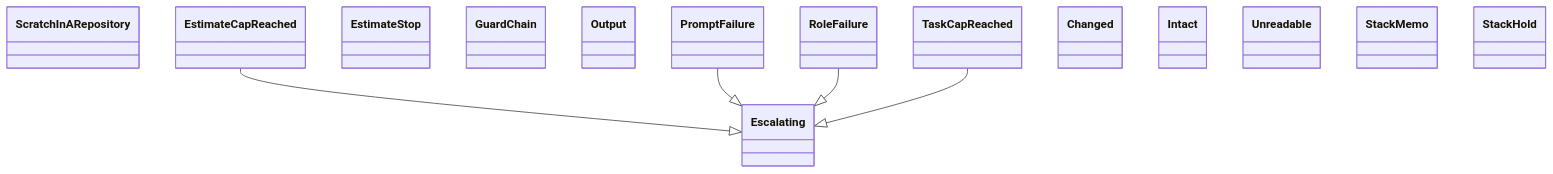
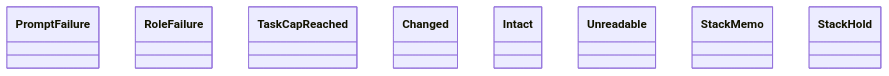
The diagram in docs/architecture/generated/classes-process-application-support-8.md (GonzaloZevallos/agentic-system), drawn with Mermaid before and after one commit. The commit also changed other lines of this file and 18 other files, not shown here.

````diff
--- a/docs/architecture/generated/classes-process-application-support-8.md
+++ b/docs/architecture/generated/classes-process-application-support-8.md
@@ -20,21 +20,11 @@
 ```mermaid
 classDiagram
-    class preflight__ScratchInARepository["ScratchInARepository"]
-    class run_role__Escalating["Escalating"]
-    class run_role__EstimateCapReached["EstimateCapReached"]
-    class run_role__EstimateStop["EstimateStop"]
-    class run_role__GuardChain["GuardChain"]
-    class run_role__Output["Output"]
     class run_role__PromptFailure["PromptFailure"]
     class run_role__RoleFailure["RoleFailure"]
     class run_role__TaskCapReached["TaskCapReached"]
     class spec_guard__Changed["Changed"]
     class spec_guard__Intact["Intact"]
     class spec_guard__Unreadable["Unreadable"]
     class stack_facts__StackMemo["StackMemo"]
     class stack_hold__StackHold["StackHold"]
-    run_role__EstimateCapReached --|> run_role__Escalating
-    run_role__PromptFailure --|> run_role__Escalating
-    run_role__RoleFailure --|> run_role__Escalating
-    run_role__TaskCapReached --|> run_role__Escalating
 ```
````
